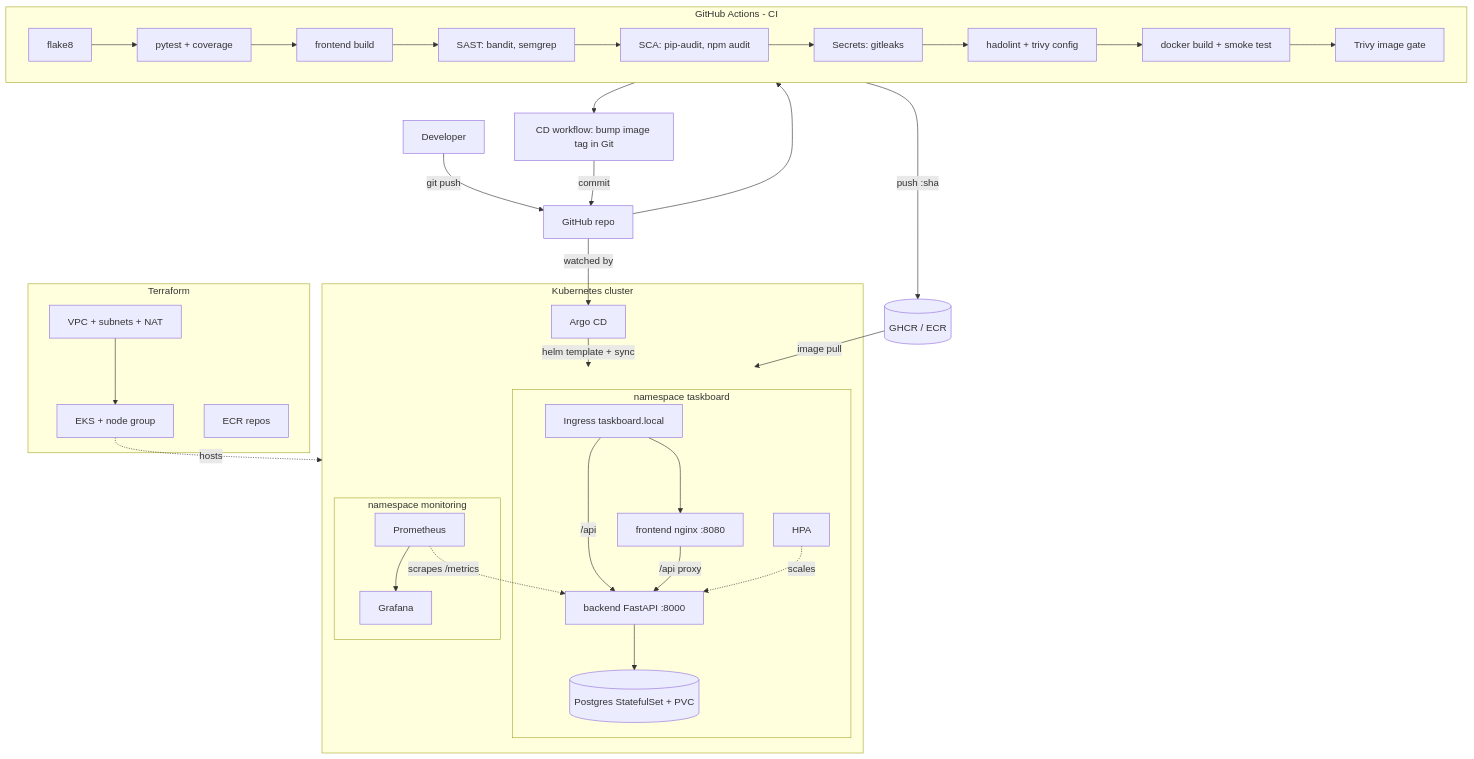
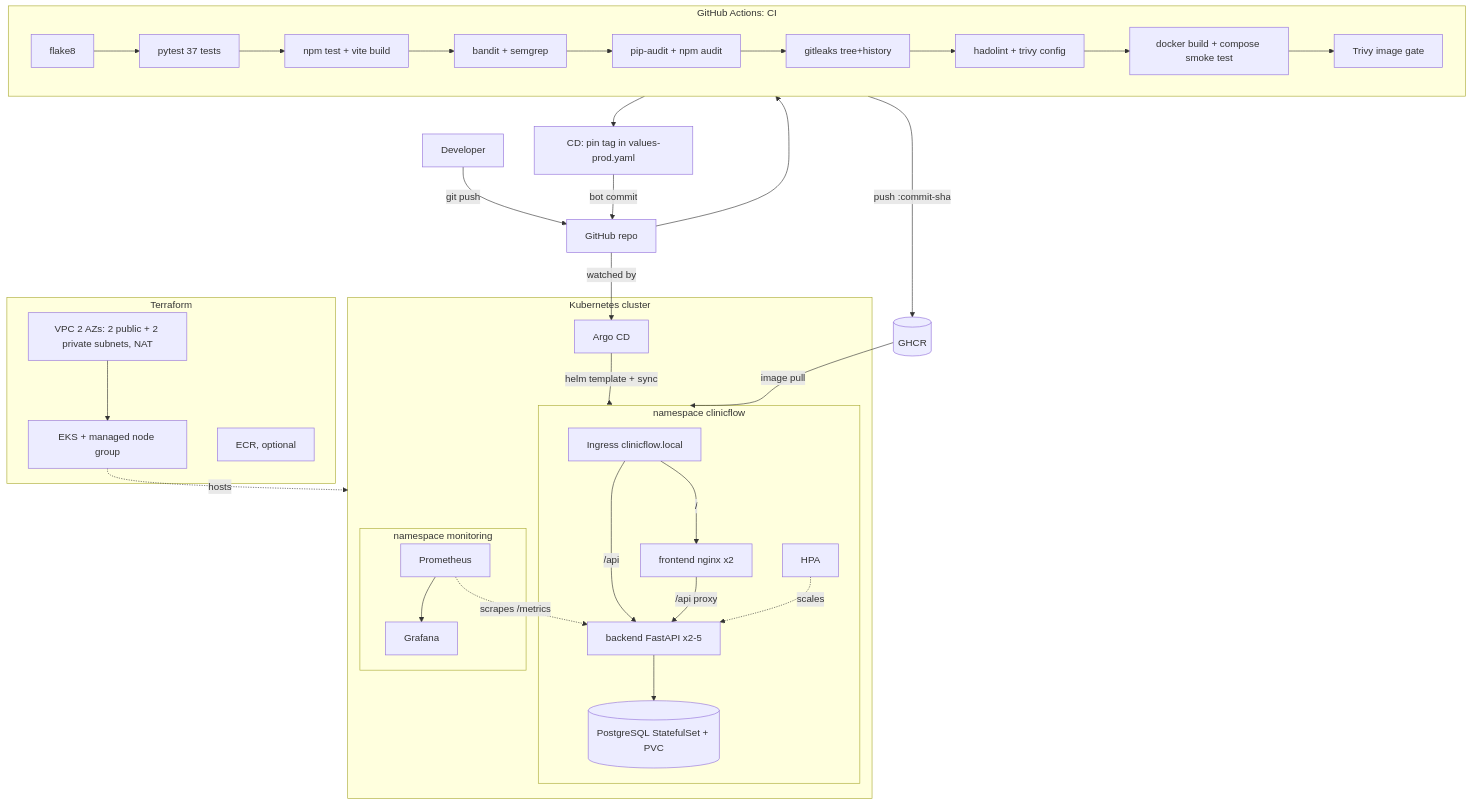
Before and after one commit to jenyyy4/clinicflow: the diagram in README.md, drawn with Mermaid. The commit also changed other lines of this file and 78 other files, not shown here.

````diff
--- a/README.md
+++ b/README.md
@@ -50,41 +64,41 @@
 ```mermaid
 flowchart TB
     dev[Developer] -->|git push| gh[GitHub repo]
     gh --> ci
 
-    subgraph ci[GitHub Actions - CI]
+    subgraph ci[GitHub Actions: CI]
       direction LR
-      lint[flake8] --> test[pytest + coverage] --> fe[frontend build]
-      fe --> sast[SAST: bandit, semgrep] --> sca[SCA: pip-audit, npm audit]
-      sca --> sec[Secrets: gitleaks] --> df[hadolint + trivy config]
-      df --> build[docker build + smoke test] --> scan[Trivy image gate]
+      lint[flake8] --> test[pytest 37 tests] --> fe[npm test + vite build]
+      fe --> sast[bandit + semgrep] --> sca[pip-audit + npm audit]
+      sca --> sec[gitleaks tree+history] --> df[hadolint + trivy config]
+      df --> build[docker build + compose smoke test] --> scan[Trivy image gate]
     end
 
-    scan -->|push :sha| ghcr[(GHCR / ECR)]
-    scan --> cd[CD workflow: bump image tag in Git]
-    cd -->|commit| gh
+    scan -->|push :commit-sha| ghcr[(GHCR)]
+    scan --> cd[CD: pin tag in values-prod.yaml]
+    cd -->|bot commit| gh
 
     subgraph infra[Terraform]
-      vpc[VPC + subnets + NAT] --> eks[EKS + node group]
-      ecr[ECR repos]
+      vpc[VPC 2 AZs: 2 public + 2 private subnets, NAT] --> eks[EKS + managed node group]
+      ecr[ECR, optional]
     end
 
     subgraph k8s[Kubernetes cluster]
       argo[Argo CD] -->|helm template + sync| app
-      subgraph app[namespace taskboard]
-        ing[Ingress taskboard.local] --> fesvc[frontend nginx :8080]
-        ing -->|/api| be[backend FastAPI :8000]
+      subgraph app[namespace clinicflow]
+        ing[Ingress clinicflow.local] -->|/| fesvc[frontend nginx x2]
+        ing -->|/api| be[backend FastAPI x2-5]
         fesvc -->|/api proxy| be
-        be --> pg[(Postgres StatefulSet + PVC)]
+        be --> pg[(PostgreSQL StatefulSet + PVC)]
         hpa[HPA] -.scales.-> be
       end
       subgraph mon[namespace monitoring]
         prom[Prometheus] --> graf[Grafana]
       end
       prom -.scrapes /metrics.-> be
     end
 
     gh -->|watched by| argo
     ghcr -->|image pull| app
     eks -.hosts.-> k8s
 ```
````
